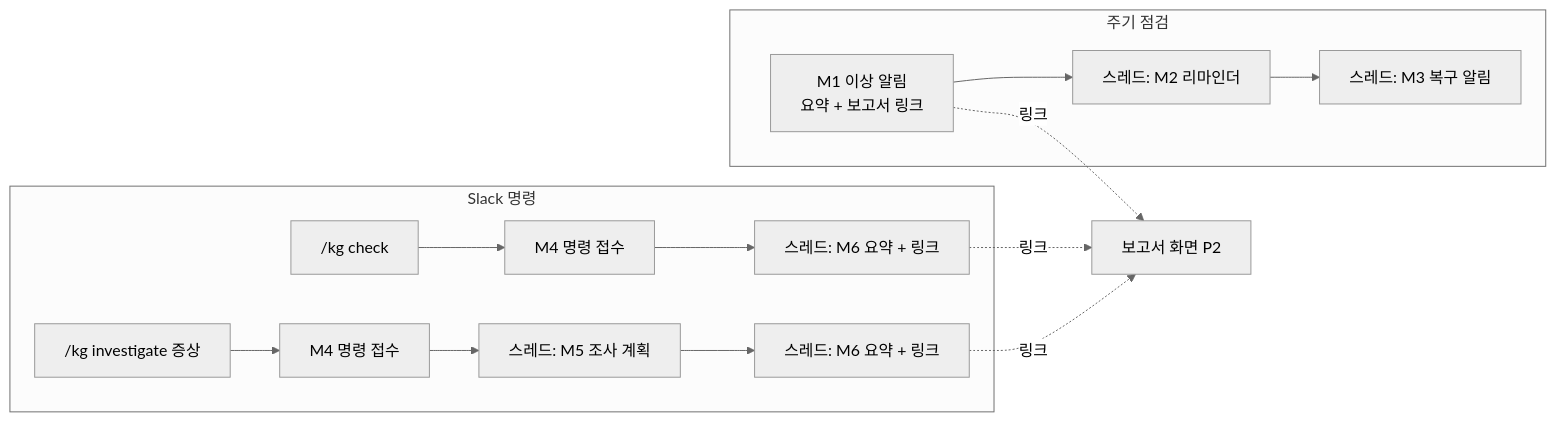
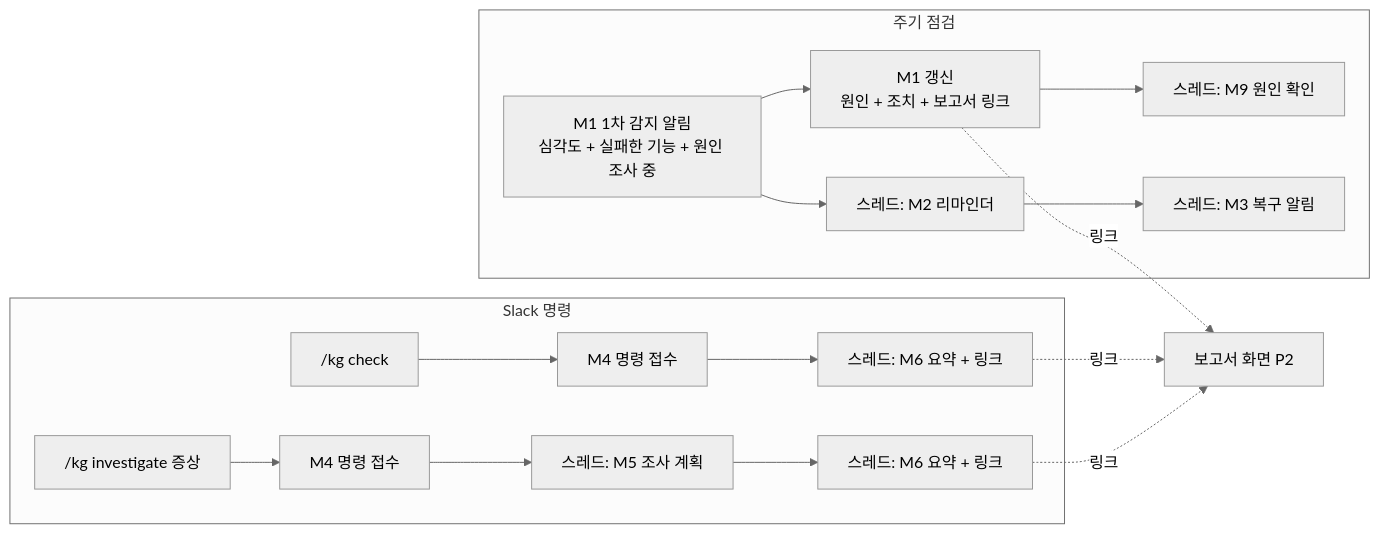
The diagram in docs/04-ui-spec.md (skax-jihyeryu/KubeGuardian), drawn with Mermaid (neutral theme) before and after one commit. The commit also changed other lines of this file and 8 other files, not shown here.

````diff
--- a/docs/04-ui-spec.md
+++ b/docs/04-ui-spec.md
@@ -55,14 +56,16 @@
 ```mermaid
 flowchart LR
     subgraph 주기 점검
-        A[M1 이상 알림<br/>요약 + 보고서 링크] --> A1[스레드: M2 리마인더]
+        A0[M1 1차 감지 알림<br/>심각도 + 실패한 기능 + 원인 조사 중] --> A[M1 갱신<br/>원인 + 조치 + 보고서 링크]
+        A --> A2[스레드: M9 원인 확인]
+        A0 --> A1[스레드: M2 리마인더]
         A1 --> A3[스레드: M3 복구 알림]
     end
     subgraph Slack 명령
         C1["/kg check"] --> B[M4 명령 접수] --> B2[스레드: M6 요약 + 링크]
         C2["/kg investigate 증상"] --> D[M4 명령 접수] --> D2[스레드: M5 조사 계획] --> D3[스레드: M6 요약 + 링크]
     end
     A -. 링크 .-> R[보고서 화면 P2]
     B2 -. 링크 .-> R
     D3 -. 링크 .-> R
 ```
````
